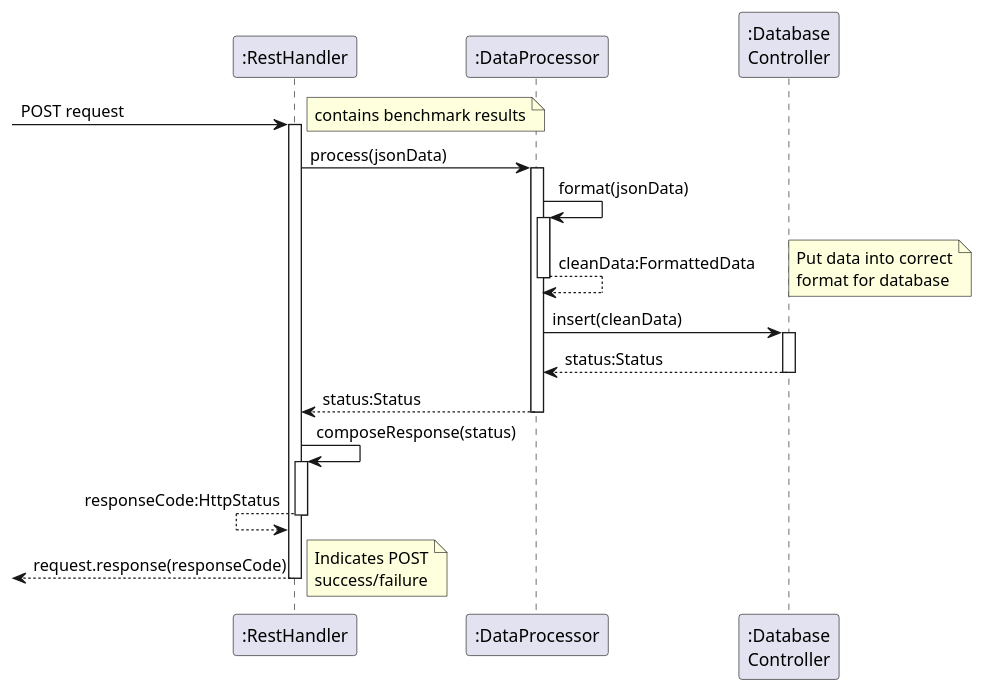
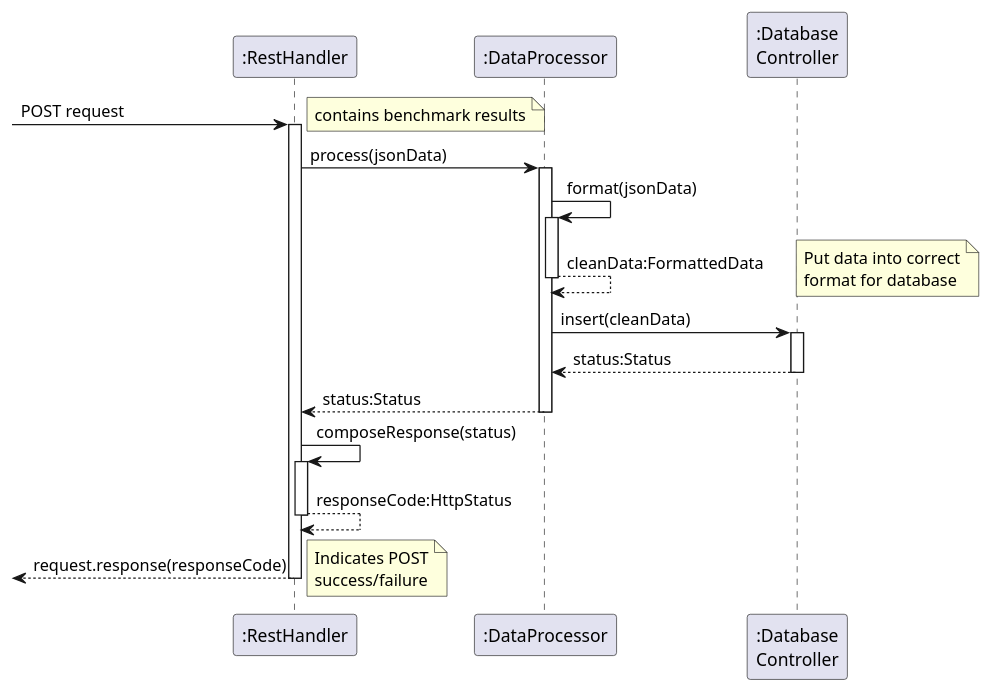
The diagram in Design/plantuml/FR4.puml (pse-parkview/Parkview), drawn with PlantUML before and after one commit.

Commit message:
Simplifies and removes skinparam

```diff
--- a/Design/plantuml/FR4.puml
+++ b/Design/plantuml/FR4.puml
@@ -1,28 +1,27 @@
 @startuml fr4
-
-skinparam responseMessageBelowArrow true
 
 participant ":RestHandler" as rh
 participant ":DataProcessor" as dp
 participant ":Database\nController" as db
 
-
--> rh ++: POST request
+[-> rh ++: POST request
 note left: contains benchmark results
 
 rh -> dp ++: process(jsonData)
+
 dp -> dp ++: format(jsonData)
-dp --> dp --: cleanData:FormattedData
-
+return cleanData:FormattedData
 note right: Put data into correct\nformat for database
 
 dp -> db ++: insert(cleanData)
-db --> dp --: status:Status
-dp --> rh --: status:Status
+return status:Status
+
+return status:Status
+
 rh -> rh ++: composeResponse(status)
-rh <-- rh --: responseCode:HttpStatus
+return responseCode:HttpStatus
 
-<-- rh --: request.response(responseCode)
+[<-- rh --: request.response(responseCode)
 note left: Indicates POST\nsuccess/failure
 
 @enduml
```
